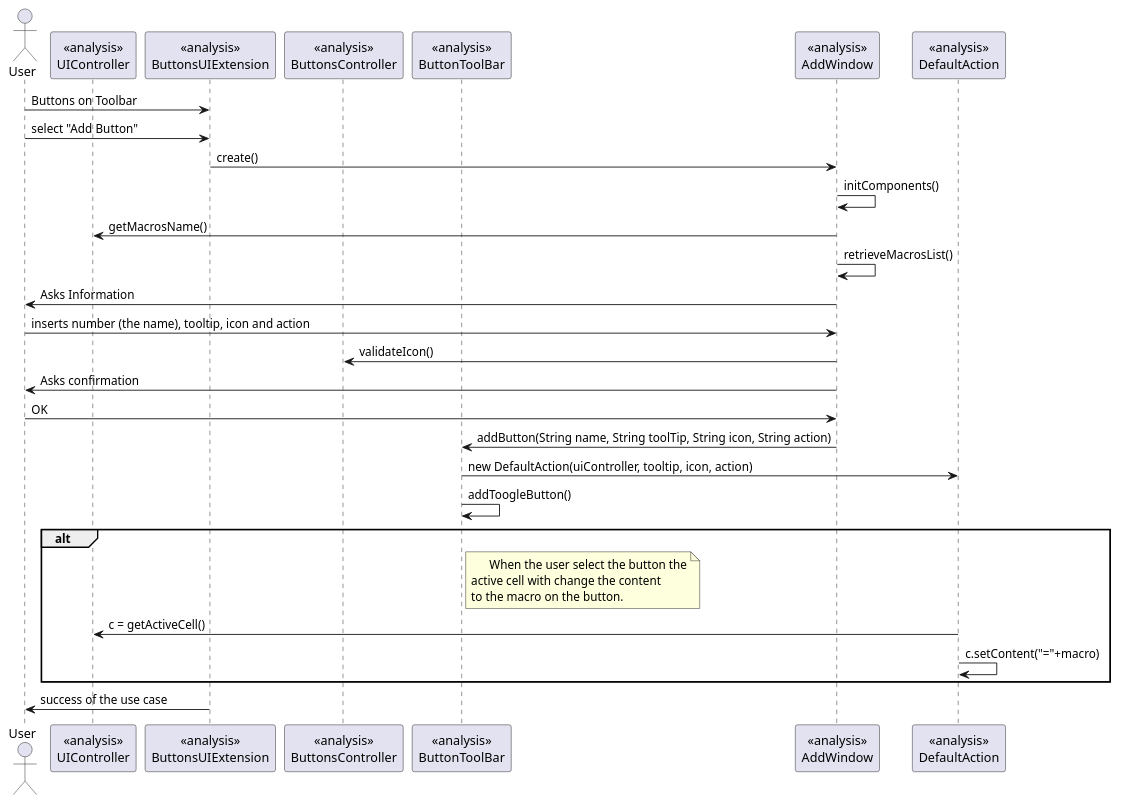
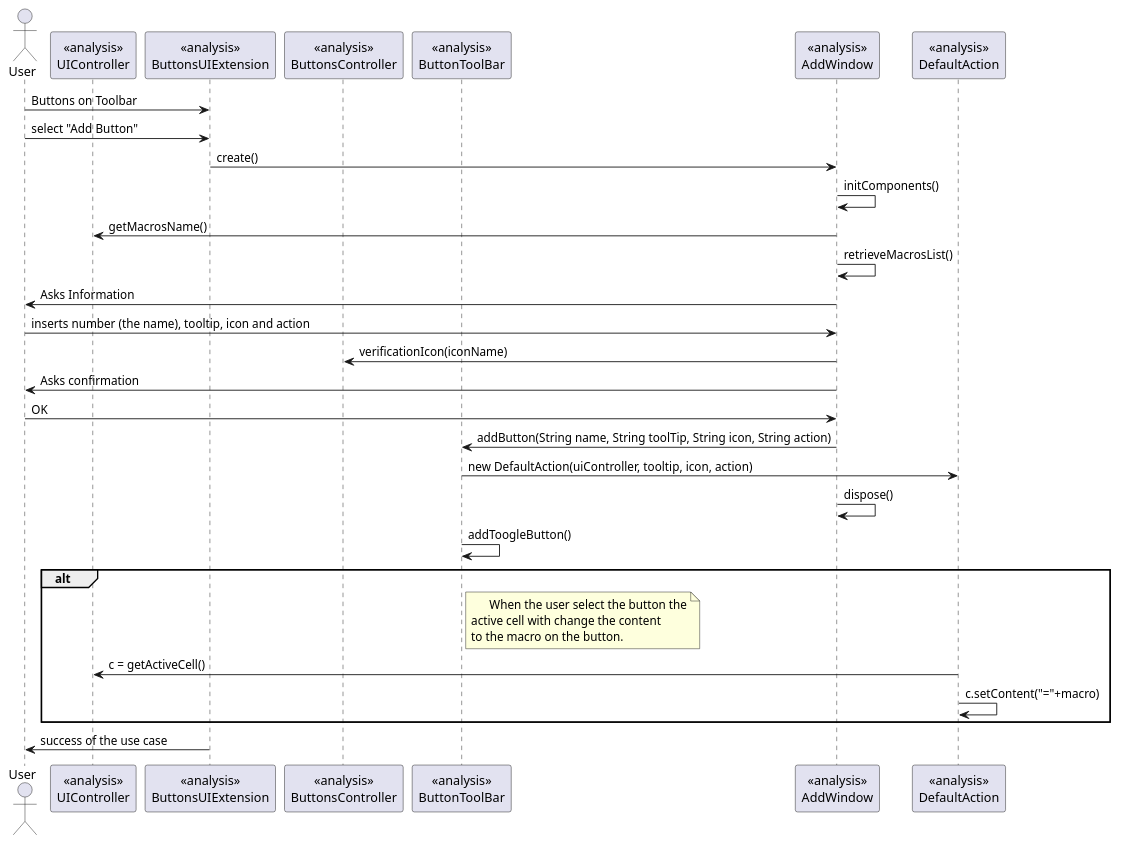
One commit to 1130348/Confusao changed the diagram in src/csheets/userstories/macros09_01/buttons_on_toolbar_i130371/macros_09_01_design_sequence.puml. Above: the diagram before and after it, drawn with PlantUML. The commit also changed 2 other files, not shown here.

Commit message:
CSDH-303 #time 1h #comment Testes do controller, Pequena alteração no diagrama de sequência e alterações no package-info

```diff
--- a/src/csheets/userstories/macros09_01/buttons_on_toolbar_i130371/macros_09_01_design_sequence.puml
+++ b/src/csheets/userstories/macros09_01/buttons_on_toolbar_i130371/macros_09_01_design_sequence.puml
@@ -1,38 +1,39 @@
 @startuml doc-files/macros_09_01_design_sequence.png
 
   actor User
 
   participant "<<analysis>>\nUIController" as UIctrl
   participant "<<analysis>>\nButtonsUIExtension" as UI
   participant "<<analysis>>\nButtonsController" as ctrl
   participant "<<analysis>>\nButtonToolBar" as buttons
   participant "<<analysis>>\nAddWindow" as window
   participant "<<analysis>>\nDefaultAction" as action
 
 	User -> UI: Buttons on Toolbar
 	User -> UI: select "Add Button"
 	UI -> window: create()
 	window -> window: initComponents()
 	window -> UIctrl: getMacrosName()
 	window -> window: retrieveMacrosList()
 	window -> User: Asks Information
 	User -> window: inserts number (the name), tooltip, icon and action
-	window -> ctrl: validateIcon()
+	window -> ctrl: verificationIcon(iconName)
 	window -> User: Asks confirmation
 	User -> window: OK
 	window -> buttons: addButton(String name, String toolTip, String icon, String action)
 	buttons -> action: new DefaultAction(uiController, tooltip, icon, action)
+	window -> window: dispose()
     buttons -> buttons: addToogleButton()
 	alt
 	note right of buttons
         When the user select the button the
 		active cell with change the content
 		to the macro on the button.
     end note
 	action -> UIctrl: c = getActiveCell()
 	action -> action: c.setContent("="+macro)
 	end alt;
 
 	UI -> User: success of the use case
 
 @enduml
```
